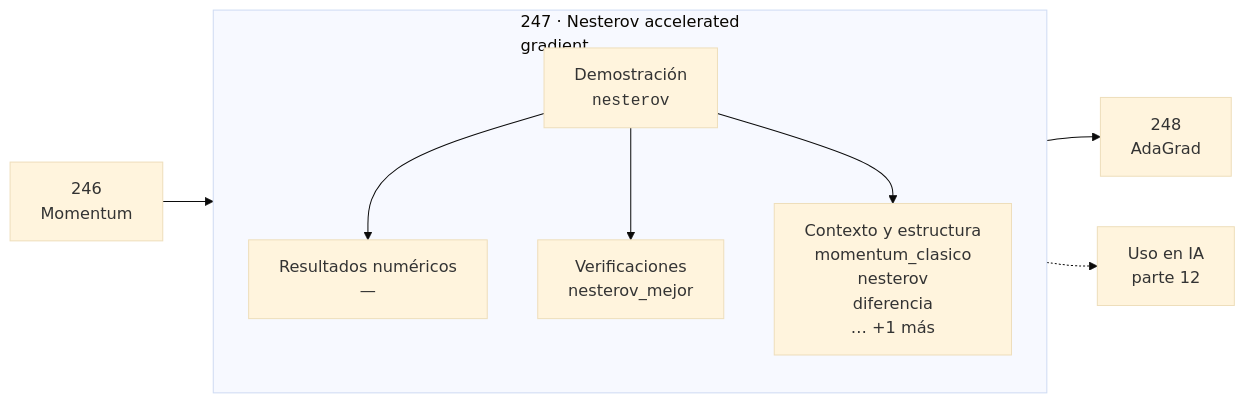
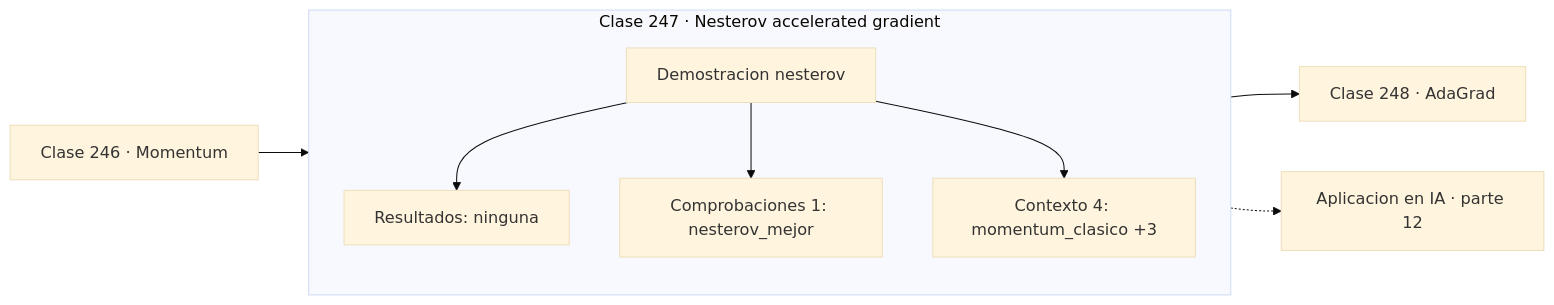
Before and after one commit to vladimiracunadev-create/computational-mathematics-program: the diagram in classes/part-12-optimizacion-matematica-y-computacional/247-nesterov-accelerated-gradient/README.md, drawn with Mermaid (base theme). The commit also changed 389 other files, not shown here.

First line of the commit message:
fix(diagramas): elimina el HTML de las etiquetas Mermaid

````diff
--- a/classes/part-12-optimizacion-matematica-y-computacional/247-nesterov-accelerated-gradient/README.md
+++ b/classes/part-12-optimizacion-matematica-y-computacional/247-nesterov-accelerated-gradient/README.md
@@ -30,12 +30,13 @@
 ```mermaid
 flowchart LR
-    P["246<br/>Momentum"] --> C
-    subgraph C["247 · Nesterov accelerated<br/>gradient"]
+    P["Clase 246 · Momentum"] --> D
+    subgraph CLASE["Clase 247 · Nesterov accelerated gradient"]
         direction TB
-        D["Demostración<br/><code>nesterov</code>"] --> R["Resultados numéricos<br/>—"]
-        D --> V["Verificaciones<br/>nesterov_mejor"]
-        D --> O["Contexto y estructura<br/>momentum_clasico<br/>nesterov<br/>diferencia<br/>… +1 más"]
+        D["Demostracion nesterov"]
+        D --> R["Resultados: ninguna"]
+        D --> V["Comprobaciones 1: nesterov_mejor"]
+        D --> O["Contexto 4: momentum_clasico +3"]
     end
-    C --> N["248<br/>AdaGrad"]
-    C -.-> IA["Uso en IA<br/>parte 12"]
+    R --> N["Clase 248 · AdaGrad"]
+    V -.-> IA["Aplicacion en IA · parte 12"]
 ```
````
